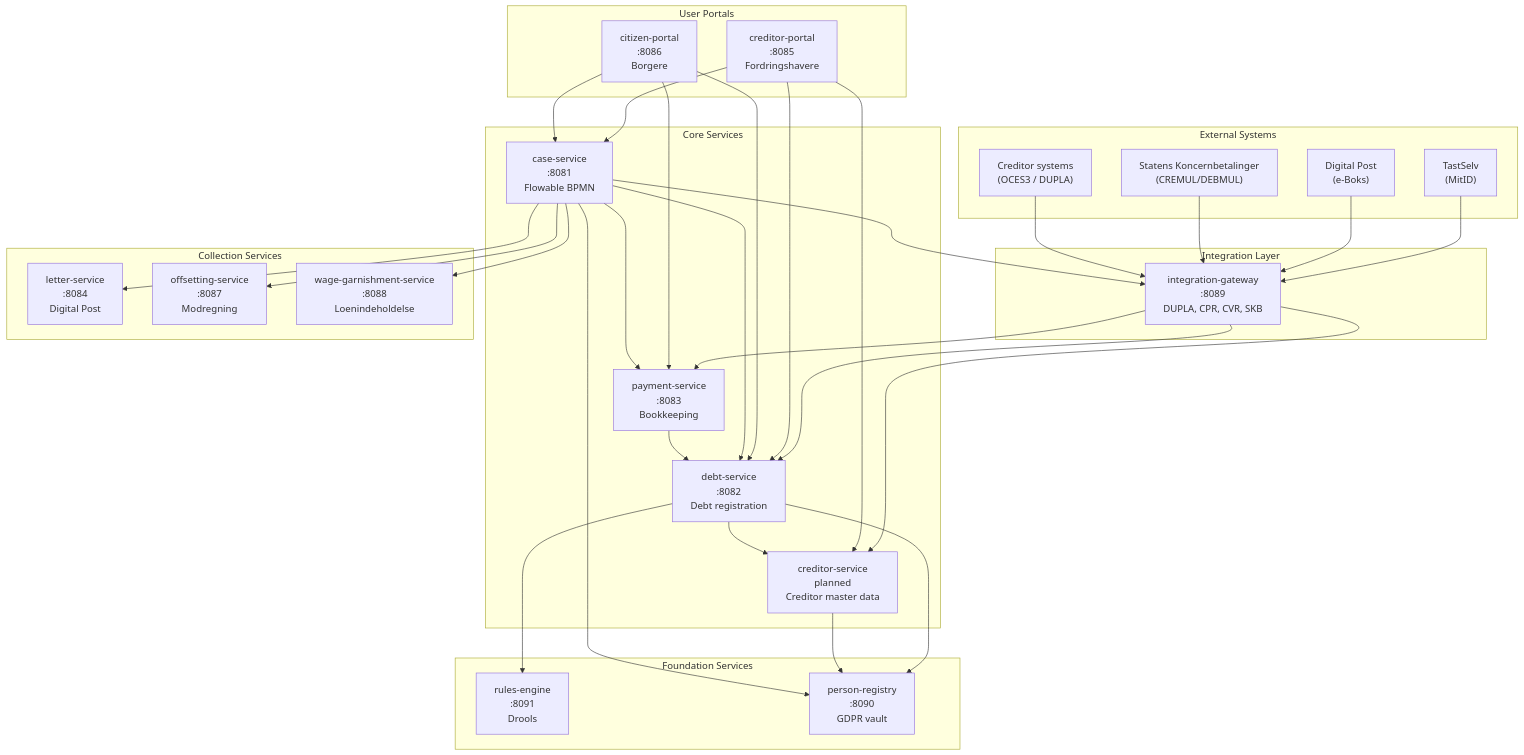
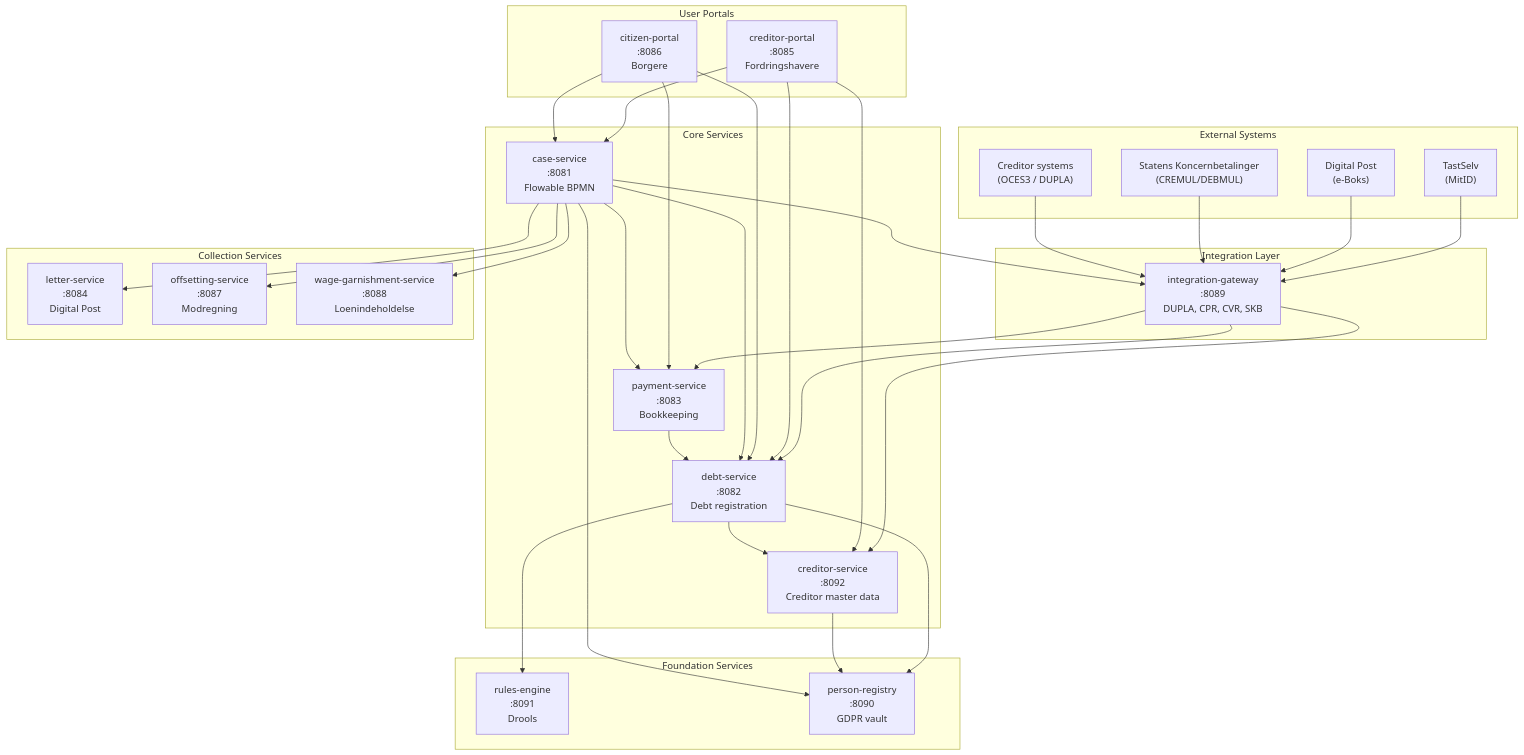
Before and after one commit to mfhens/opendebt: the first of 7 diagrams in docs/architecture-overview.md, drawn with Mermaid. The commit also changed other lines of this file and 22 other files, not shown here.

````diff
--- a/docs/architecture-overview.md
+++ b/docs/architecture-overview.md
@@ -7,66 +7,66 @@
 ```mermaid
 graph TB
     subgraph External["External Systems"]
         TastSelv["TastSelv<br/>(MitID)"]
         DigitalPost["Digital Post<br/>(e-Boks)"]
         SKB["Statens Koncernbetalinger<br/>(CREMUL/DEBMUL)"]
         ES["Creditor systems<br/>(OCES3 / DUPLA)"]
     end
 
     subgraph Gateway["Integration Layer"]
         IG["integration-gateway<br/>:8089<br/>DUPLA, CPR, CVR, SKB"]
     end
 
     subgraph Portals["User Portals"]
         CP["creditor-portal<br/>:8085<br/>Fordringshavere"]
         BP["citizen-portal<br/>:8086<br/>Borgere"]
     end
 
     subgraph Core["Core Services"]
         DS["debt-service<br/>:8082<br/>Debt registration"]
         CS["case-service<br/>:8081<br/>Flowable BPMN"]
         PS["payment-service<br/>:8083<br/>Bookkeeping"]
-        CRS["creditor-service<br/>planned<br/>Creditor master data"]
+        CRS["creditor-service<br/>:8092<br/>Creditor master data"]
     end
 
     subgraph Collection["Collection Services"]
         LS["letter-service<br/>:8084<br/>Digital Post"]
         OS["offsetting-service<br/>:8087<br/>Modregning"]
         WG["wage-garnishment-service<br/>:8088<br/>Loenindeholdelse"]
     end
 
     subgraph Foundation["Foundation Services"]
         RE["rules-engine<br/>:8091<br/>Drools"]
         PR["person-registry<br/>:8090<br/>GDPR vault"]
     end
 
     TastSelv --> IG
     DigitalPost --> IG
     SKB --> IG
     ES --> IG
 
     IG --> PS
     IG --> DS
     IG --> CRS
 
     CP --> DS
     CP --> CS
     CP --> CRS
     BP --> DS
     BP --> CS
     BP --> PS
 
     CS --> DS
     CS --> PS
     CS --> LS
     CS --> OS
     CS --> WG
     CS --> IG
 
     DS --> RE
     DS --> PR
     DS --> CRS
     CRS --> PR
     CS --> PR
     PS --> DS
 ```
````
